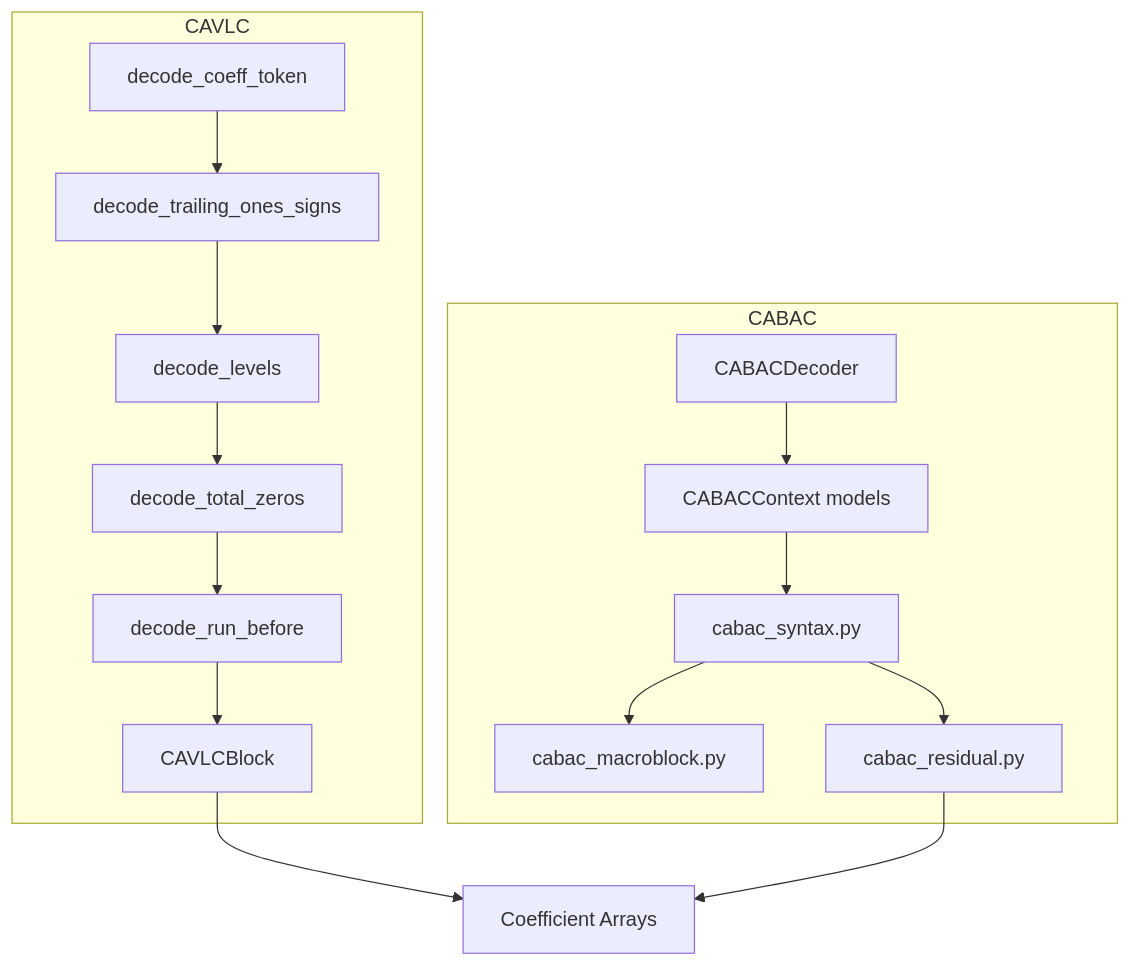
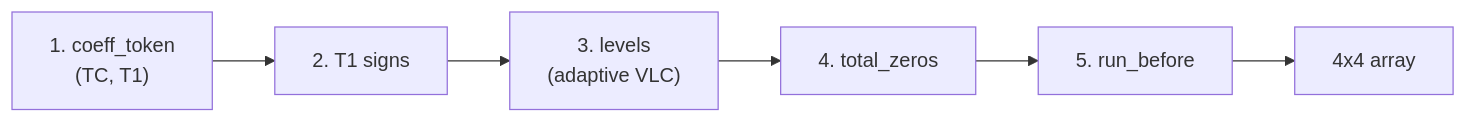
Before and after one commit to abhiksark/python-h264-scratch: the first of 2 diagrams in entropy/README.md, drawn with Mermaid. The commit also changed other lines of this file and 13 other files, not shown here.

````diff
--- a/entropy/README.md
+++ b/entropy/README.md
@@ -28,18 +32,8 @@
 ```mermaid
-flowchart TD
-    subgraph CAVLC
-        CT[decode_coeff_token] --> T1[decode_trailing_ones_signs]
-        T1 --> LV[decode_levels]
-        LV --> TZ[decode_total_zeros]
-        TZ --> RB[decode_run_before]
-        RB --> BLK["CAVLCBlock"]
-    end
-    subgraph CABAC
-        AD["CABACDecoder"] --> CTX["CABACContext models"]
-        CTX --> SYN["cabac_syntax.py"]
-        SYN --> MBD["cabac_macroblock.py"]
-        SYN --> RES["cabac_residual.py"]
-    end
-    BLK --> COEFF[Coefficient Arrays]
-    RES --> COEFF
+flowchart LR
+    CT["1. coeff_token<br/>(TC, T1)"] --> SN["2. T1 signs"]
+    SN --> LV["3. levels<br/>(adaptive VLC)"]
+    LV --> TZ["4. total_zeros"]
+    TZ --> RB["5. run_before"]
+    RB --> BLK["4x4 array"]
 ```
````
